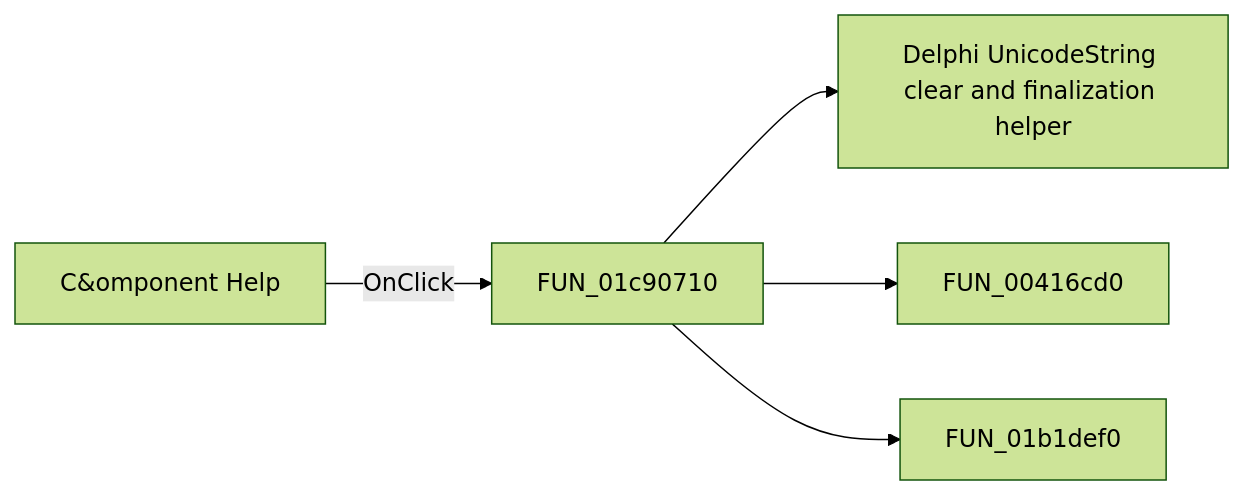
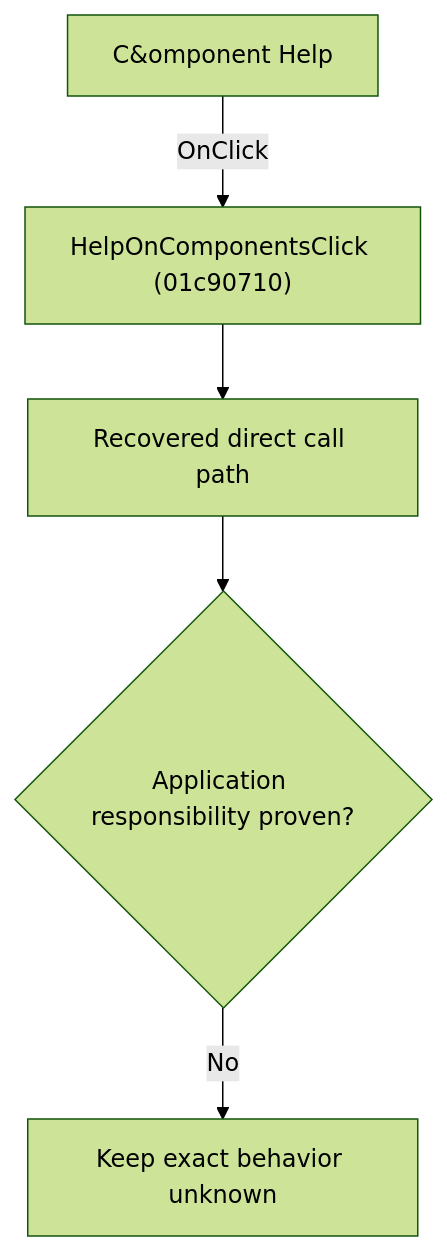
Before and after one commit to MovGP0/TIARA: the diagram in docs/ui-controls/schematiceditor/helponcomponents-751c188485.md, drawn with Mermaid (forest theme). The commit also changed other lines of this file and 1062 other files, not shown here.

````diff
--- a/docs/ui-controls/schematiceditor/helponcomponents-751c188485.md
+++ b/docs/ui-controls/schematiceditor/helponcomponents-751c188485.md
@@ -27,7 +27,7 @@
 ```mermaid
-flowchart LR
-    control["C&omponent Help"] -->|OnClick| handler["FUN_01c90710"]
-    handler --> call1["Delphi UnicodeString clear and finalization helper"]
-    handler --> call2["FUN_00416cd0"]
-    handler --> call3["FUN_01b1def0"]
+flowchart TD
+    control["C&omponent Help"] -->|"OnClick"| handler["HelpOnComponentsClick (01c90710)"]
+    handler --> recovered["Recovered direct call path"]
+    recovered --> gap{"Application responsibility proven?"}
+    gap -->|"No"| blocked["Keep exact behavior unknown"]
 ```
````
